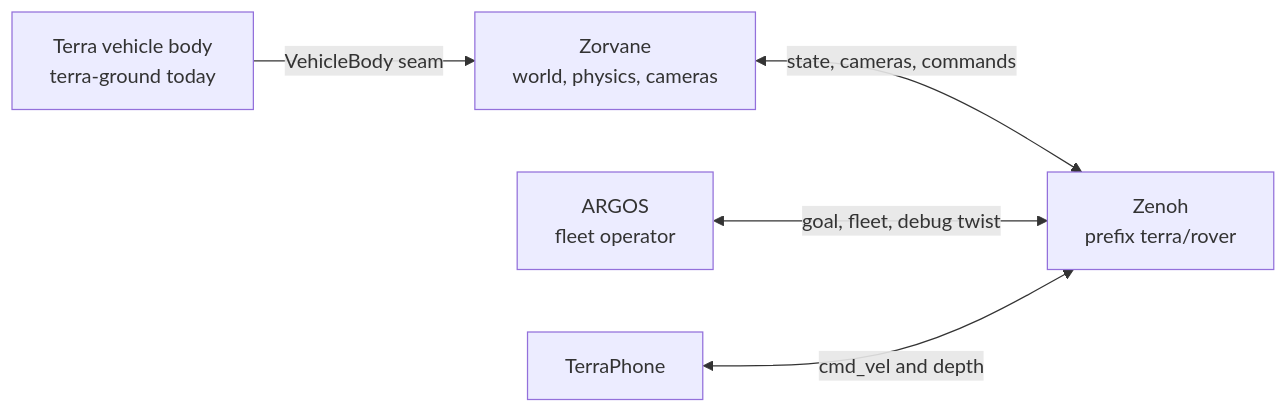
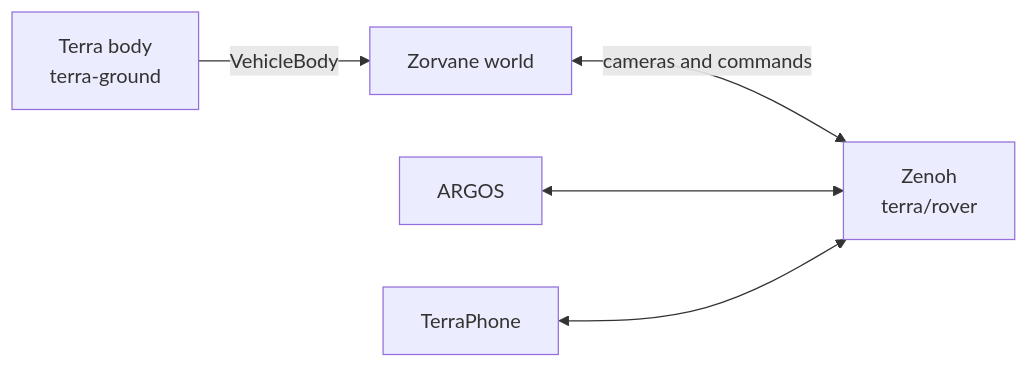
One commit to Super-Yojan/Zorvane changed the diagram in docs/index.md. Above: the diagram before and after it, drawn with Mermaid. The commit also changed other lines of this file and 20 other files, not shown here.

First line of the commit message:
Make the docs scannable with simulator screenshots and diagrams. (#4)

````diff
--- a/docs/index.md
+++ b/docs/index.md
@@ -11,13 +35,13 @@
 ```mermaid
 flowchart LR
-  Body["Terra vehicle body<br/>terra-ground today"]
-  Zorvane["Zorvane<br/>world, physics, cameras"]
-  Zenoh["Zenoh<br/>prefix terra/rover"]
-  ARGOS["ARGOS<br/>fleet operator"]
+  Body["Terra body<br/>terra-ground"]
+  World["Zorvane world"]
+  Bus["Zenoh<br/>terra/rover"]
+  ARGOS["ARGOS"]
   Phone["TerraPhone"]
 
-  Body -->|"VehicleBody seam"| Zorvane
-  Zorvane <-->|"state, cameras, commands"| Zenoh
-  ARGOS <-->|"goal, fleet, debug twist"| Zenoh
-  Phone <-->|"cmd_vel and depth"| Zenoh
+  Body -->|"VehicleBody"| World
+  World <-->|"cameras and commands"| Bus
+  ARGOS <--> Bus
+  Phone <--> Bus
 ```
````
